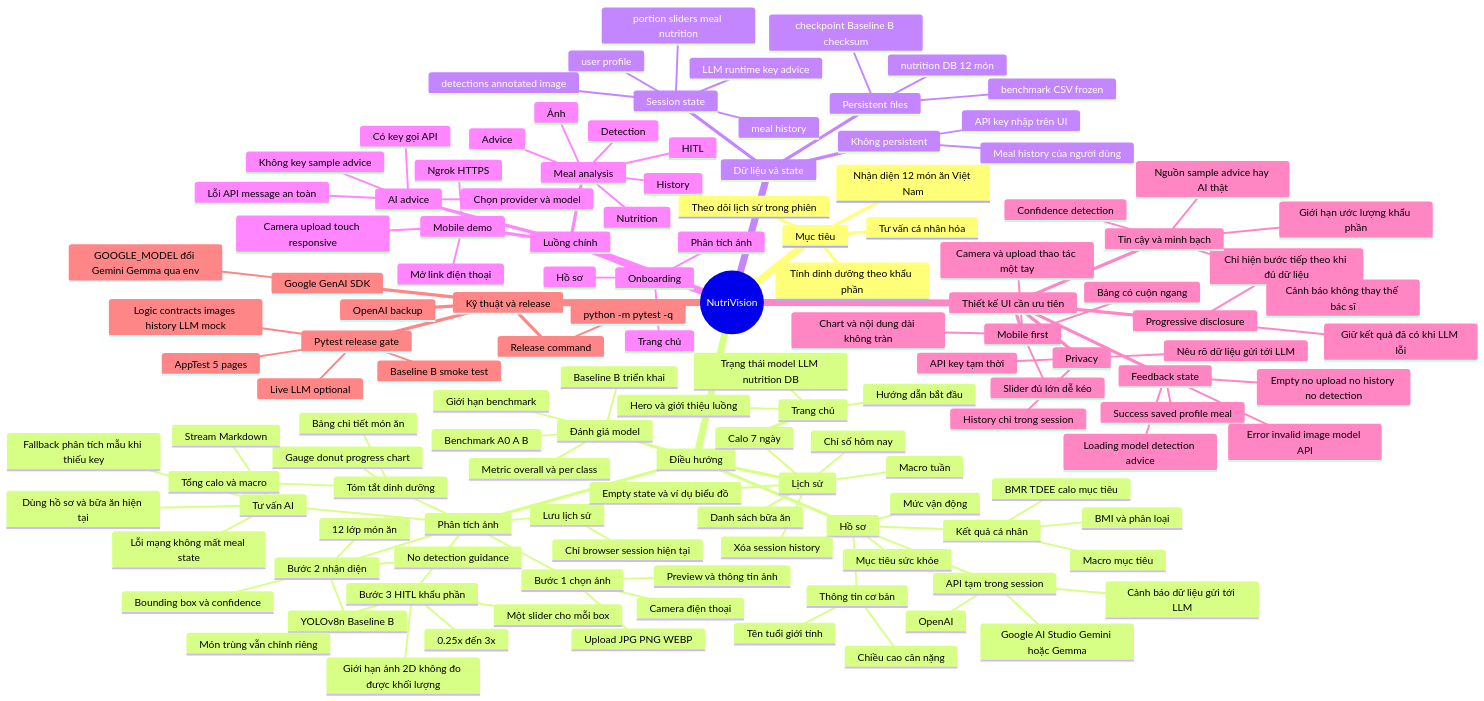
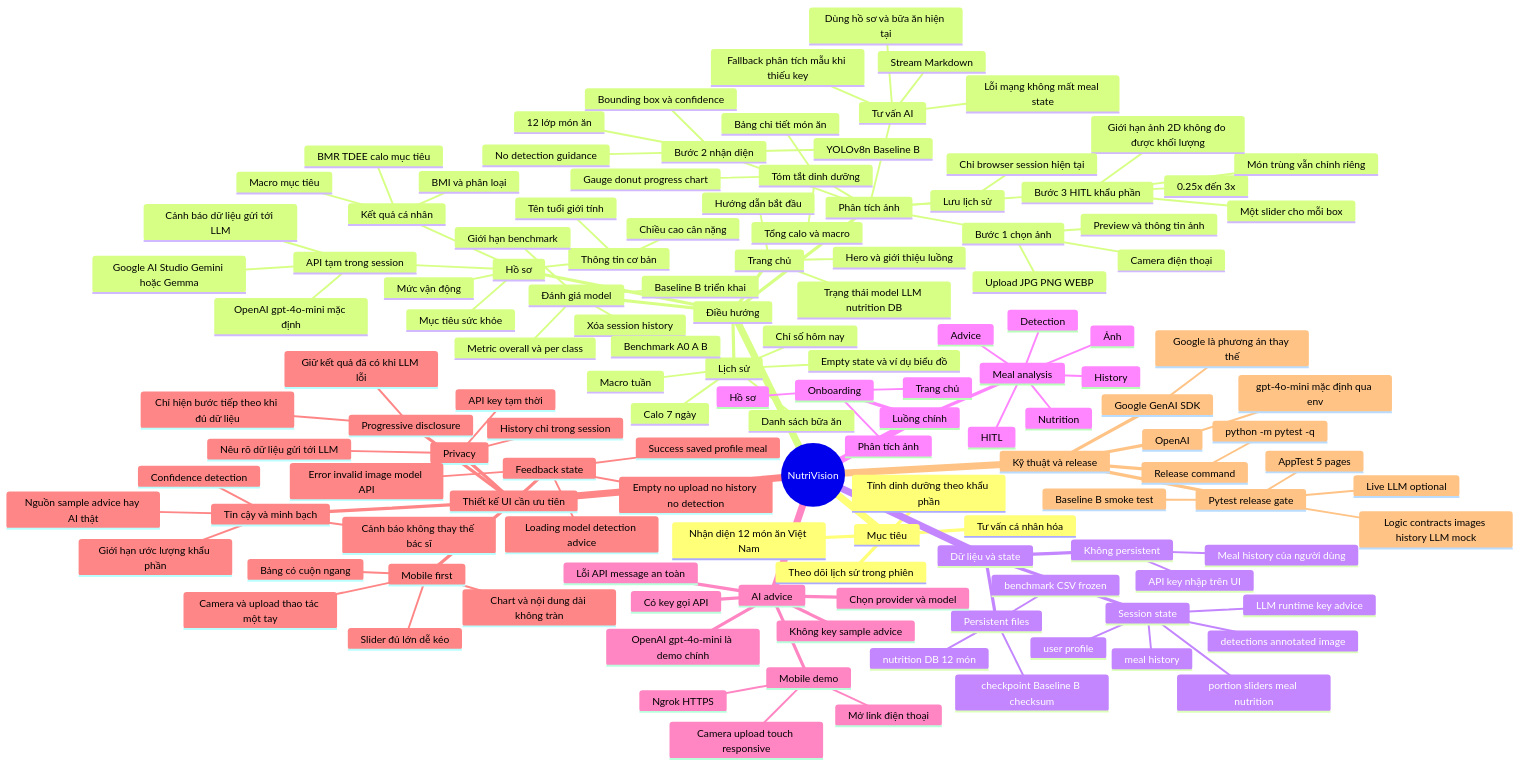
Before and after one commit to Minhmaxxx/DoAn: the first of 2 diagrams in MINDMAP.md, drawn with Mermaid. The commit also changed 19 other files, not shown here.

```diff
--- a/MINDMAP.md
+++ b/MINDMAP.md
@@ -24,8 +24,8 @@
           BMR TDEE calo mục tiêu
           Macro mục tiêu
         API tạm trong session
+          OpenAI gpt-4o-mini mặc định
           Google AI Studio Gemini hoặc Gemma
-          OpenAI
           Cảnh báo dữ liệu gửi tới LLM
       Phân tích ảnh
         Bước 1 chọn ảnh
@@ -91,8 +91,9 @@
         Nutrition
         Advice
         History
-      AI advice
+    AI advice
         Chọn provider và model
+        OpenAI gpt-4o-mini là demo chính
         Có key gọi API
         Không key sample advice
         Lỗi API message an toàn
@@ -124,9 +125,10 @@
         Error invalid image model API
         Empty no upload no history no detection
     Kỹ thuật và release
+      OpenAI
+        gpt-4o-mini mặc định qua env
       Google GenAI SDK
-        GOOGLE_MODEL đổi Gemini Gemma qua env
-      OpenAI backup
+        Google là phương án thay thế
       Pytest release gate
         Logic contracts images history LLM mock
         AppTest 5 pages
```
